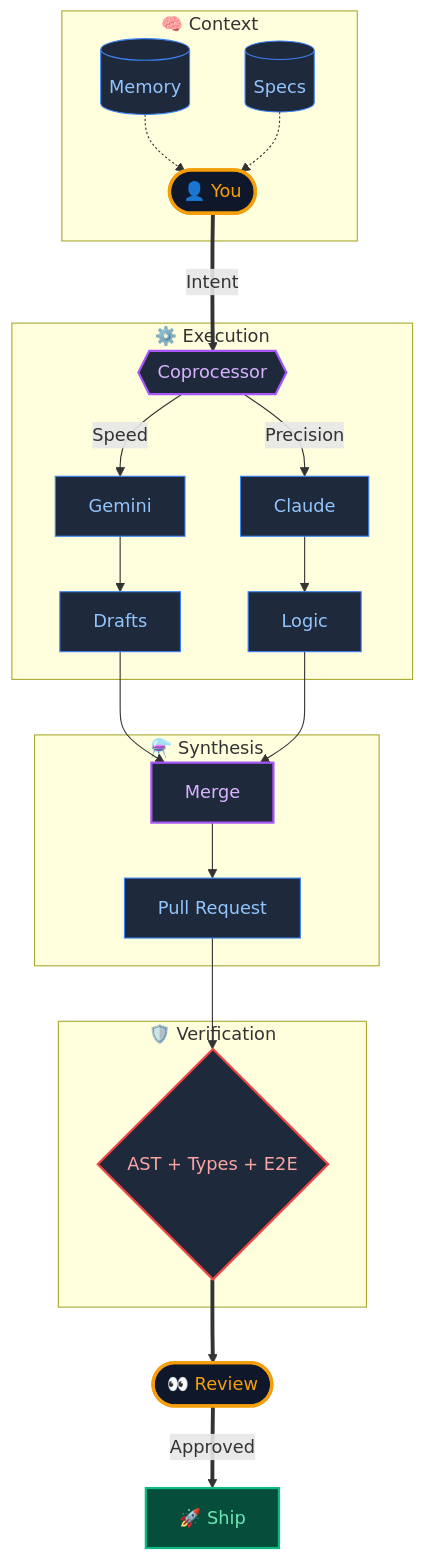
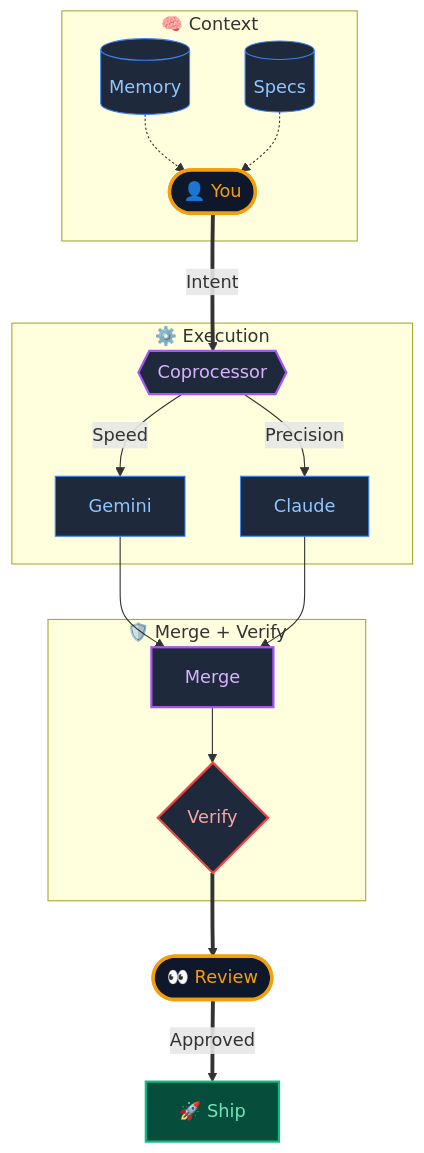
Before and after one commit to shifujosh/shifujosh: the diagram in README.md, drawn with Mermaid.

Commit message:
feat: Update portfolio assets (AI-Native Architect Revamp)

`````diff
--- a/README.md
+++ b/README.md
@@ -25,35 +25,29 @@
 ```mermaid
 graph TD
     classDef human fill:#0f172a,stroke:#f59e0b,stroke-width:3px,color:#f59e0b;
     classDef ai fill:#1e293b,stroke:#a855f7,stroke-width:2px,color:#d8b4fe;
     classDef work fill:#1e293b,stroke:#3b82f6,stroke-width:1px,color:#93c5fd;
     classDef check fill:#1e293b,stroke:#ef4444,stroke-width:2px,color:#fca5a5;
     classDef ship fill:#064e3b,stroke:#10b981,stroke-width:2px,color:#6ee7b7;
 
     subgraph Context ["🧠 Context"]
         Memory[(Memory)]:::work -.-> You
         Specs[(Specs)]:::work -.-> You
         You(["👤 You"]):::human
     end
 
     You ==>|Intent| AI{{"Coprocessor"}}:::ai
 
     subgraph Execution ["⚙️ Execution"]
         AI -->|Speed| Gemini["Gemini"]:::work
         AI -->|Precision| Claude["Claude"]:::work
-        Gemini --> Drafts["Drafts"]:::work
-        Claude --> Logic["Logic"]:::work
     end
 
-    subgraph Synthesis ["⚗️ Synthesis"]
-        Drafts & Logic --> Merge["Merge"]:::ai
-        Merge --> PR["Pull Request"]:::work
-    end
-
-    subgraph Gauntlet ["🛡️ Verification"]
-        PR --> Check{"AST + Types + E2E"}:::check
+    subgraph Quality ["🛡️ Merge + Verify"]
+        Gemini & Claude --> Merge["Merge"]:::ai
+        Merge --> Check{"Verify"}:::check
     end
 
     Check ==> Review(["👀 Review"]):::human
     Review ==>|Approved| Ship["🚀 Ship"]:::ship
 ````
`````
